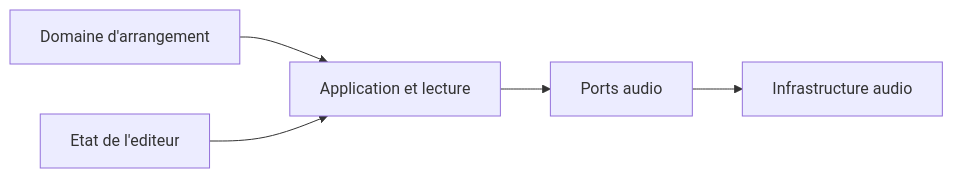
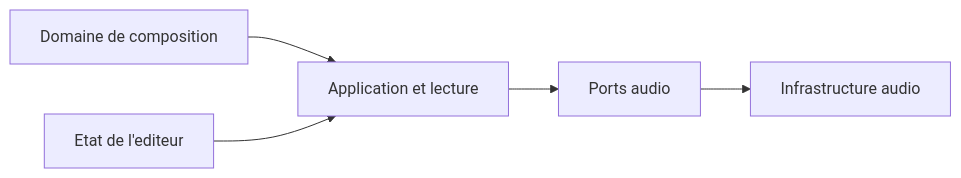
Before and after one commit to LucasBertrand/pianola-doc: the diagram in domaines.md, drawn with Mermaid. The commit also changed other lines of this file, not shown here.

Commit message:
Fixe la representation temporelle et le terme Arrangement

````diff
--- a/domaines.md
+++ b/domaines.md
@@ -36,7 +36,7 @@
 ```mermaid
 flowchart LR
-    Domain["Domaine d'arrangement"] --> App["Application et lecture"]
+    Domain["Domaine de composition"] --> App["Application et lecture"]
     Editor["Etat de l'editeur"] --> App
     App --> Ports["Ports audio"]
     Ports --> Infra["Infrastructure audio"]
 ```
````
